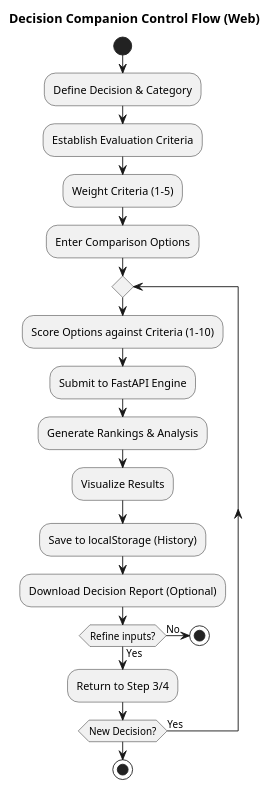
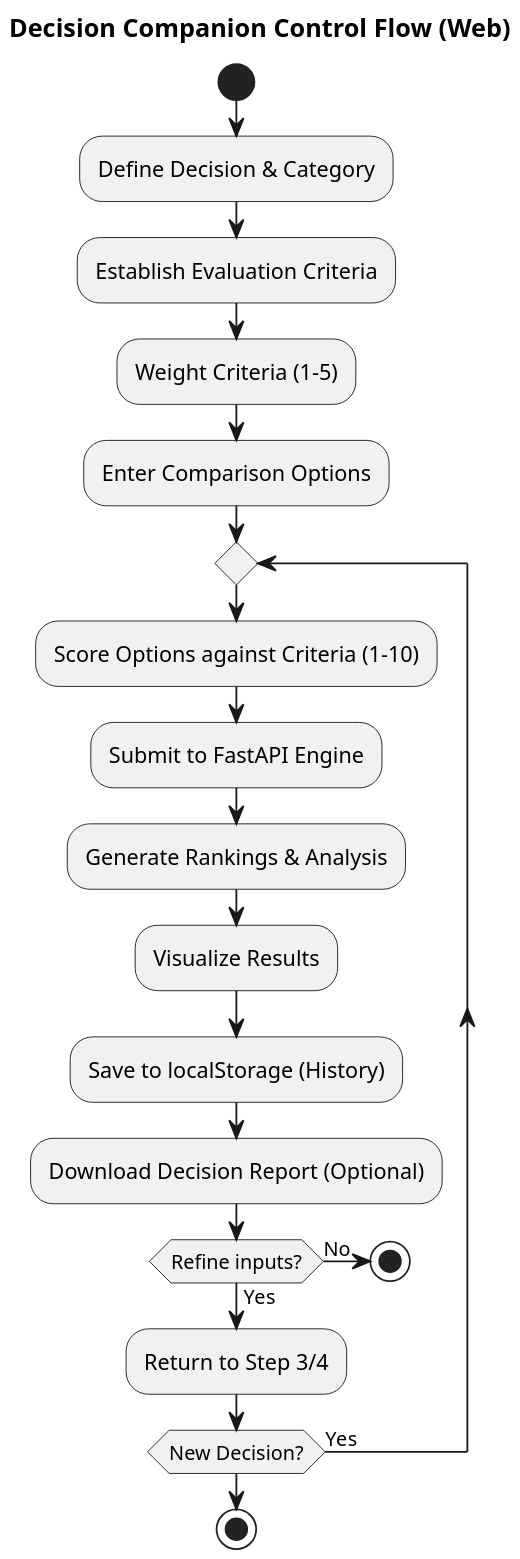
The diagram in diagrams/control_flow.puml (jagathkiran/decision-companion), drawn with PlantUML before and after one commit. The commit also changed 7 other files, not shown here.

Commit message:
docs: 2x scaling for diagrams

```diff
--- a/diagrams/control_flow.puml
+++ b/diagrams/control_flow.puml
@@ -1,32 +1,33 @@
 @startuml
+scale 2
 skinparam monochrome true
 skinparam shadowing false
 
 title Decision Companion Control Flow (Web)
 
 start
 
 :Define Decision & Category;
 :Establish Evaluation Criteria;
 :Weight Criteria (1-5);
 :Enter Comparison Options;
 
 repeat
   :Score Options against Criteria (1-10);
   :Submit to FastAPI Engine;
   :Generate Rankings & Analysis;
   :Visualize Results;
   
   :Save to localStorage (History);
   :Download Decision Report (Optional);
 
   if (Refine inputs?) then (Yes)
     :Return to Step 3/4;
   else (No)
     stop
   endif
 repeat while (New Decision?) is (Yes)
 
 stop
 
 @enduml
```
